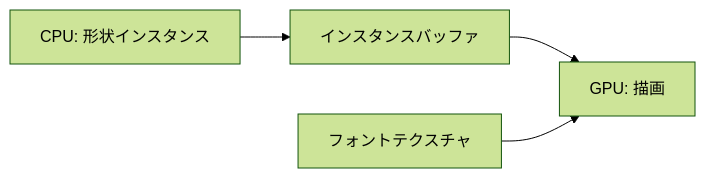
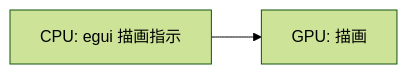
Before and after one commit to qniapp/qni-webgpu: the third of 4 diagrams in docs/architecture.md, drawn with Mermaid (forest theme). The commit also changed other lines of this file and 56 other files, not shown here.

````diff
--- a/docs/architecture.md
+++ b/docs/architecture.md
@@ -60,6 +54,4 @@
 ```mermaid
 flowchart LR
-  CPU[CPU: 形状インスタンス] --> VB[インスタンスバッファ]
-  VB --> GPU[GPU: 描画]
-  FT[フォントテクスチャ] --> GPU
+  CPU[CPU: egui 描画指示] --> GPU[GPU: 描画]
 ```
````
